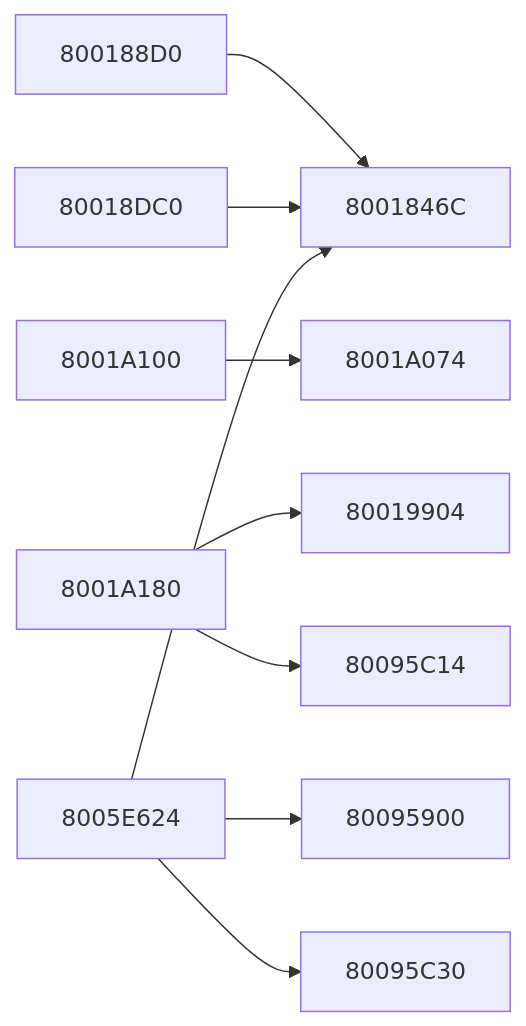
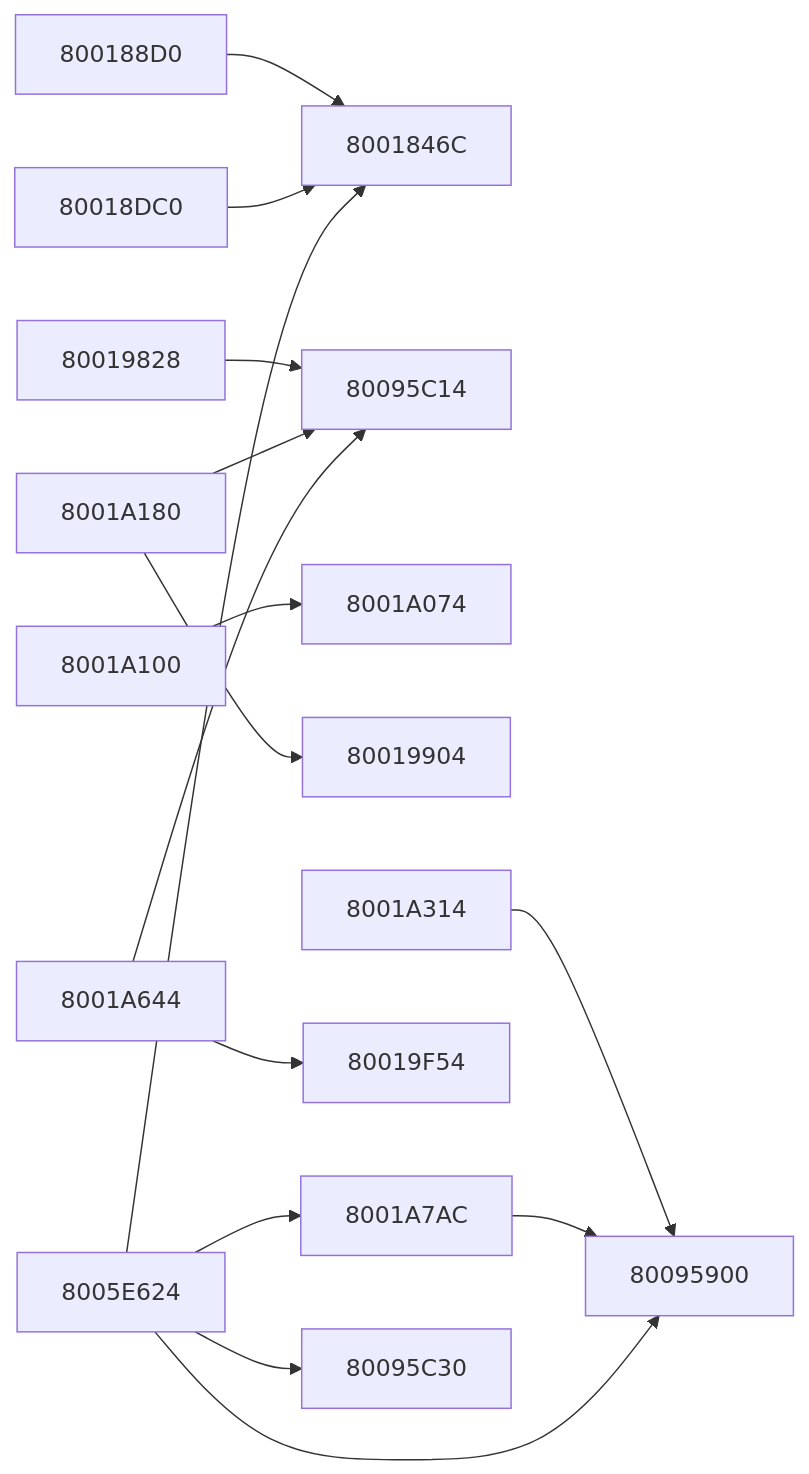
The tenth of 11 diagrams in docs/FUNCTION_MAP.md (kai-luni/Future-Cop-L.A.P.D-PS1), drawn with Mermaid before and after one commit. The commit also changed other lines of this file, not shown here.

````diff
--- a/docs/FUNCTION_MAP.md
+++ b/docs/FUNCTION_MAP.md
@@ -1644,22 +1952,33 @@
 ```mermaid
 graph LR
     f800188d0 --> f8001846c
     f80018dc0 --> f8001846c
+    f80019828 --> f80095c14
     f8001a100 --> f8001a074
     f8001a180 --> f80019904
     f8001a180 --> f80095c14
+    f8001a314 --> f80095900
+    f8001a644 --> f80019f54
+    f8001a644 --> f80095c14
+    f8001a7ac --> f80095900
     f8005e624 --> f8001846c
+    f8005e624 --> f8001a7ac
     f8005e624 --> f80095900
     f8005e624 --> f80095c30
     f8001846c["8001846C"]
     f800188d0["800188D0"]
     f80018dc0["80018DC0"]
+    f80019828["80019828"]
     f80019904["80019904"]
+    f80019f54["80019F54"]
     f8001a074["8001A074"]
     f8001a100["8001A100"]
     f8001a180["8001A180"]
+    f8001a314["8001A314"]
+    f8001a644["8001A644"]
+    f8001a7ac["8001A7AC"]
     f8005e624["8005E624"]
     f80095900["80095900"]
     f80095c14["80095C14"]
     f80095c30["80095C30"]
 ```
````
